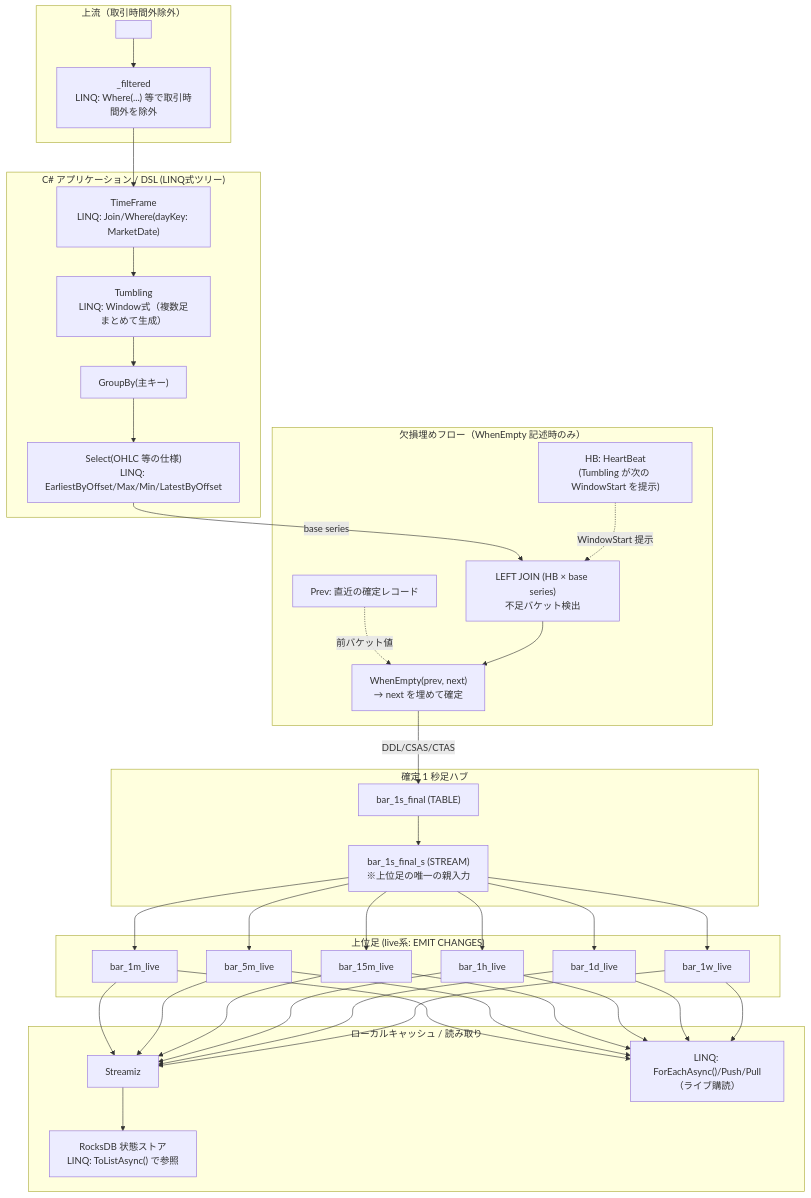
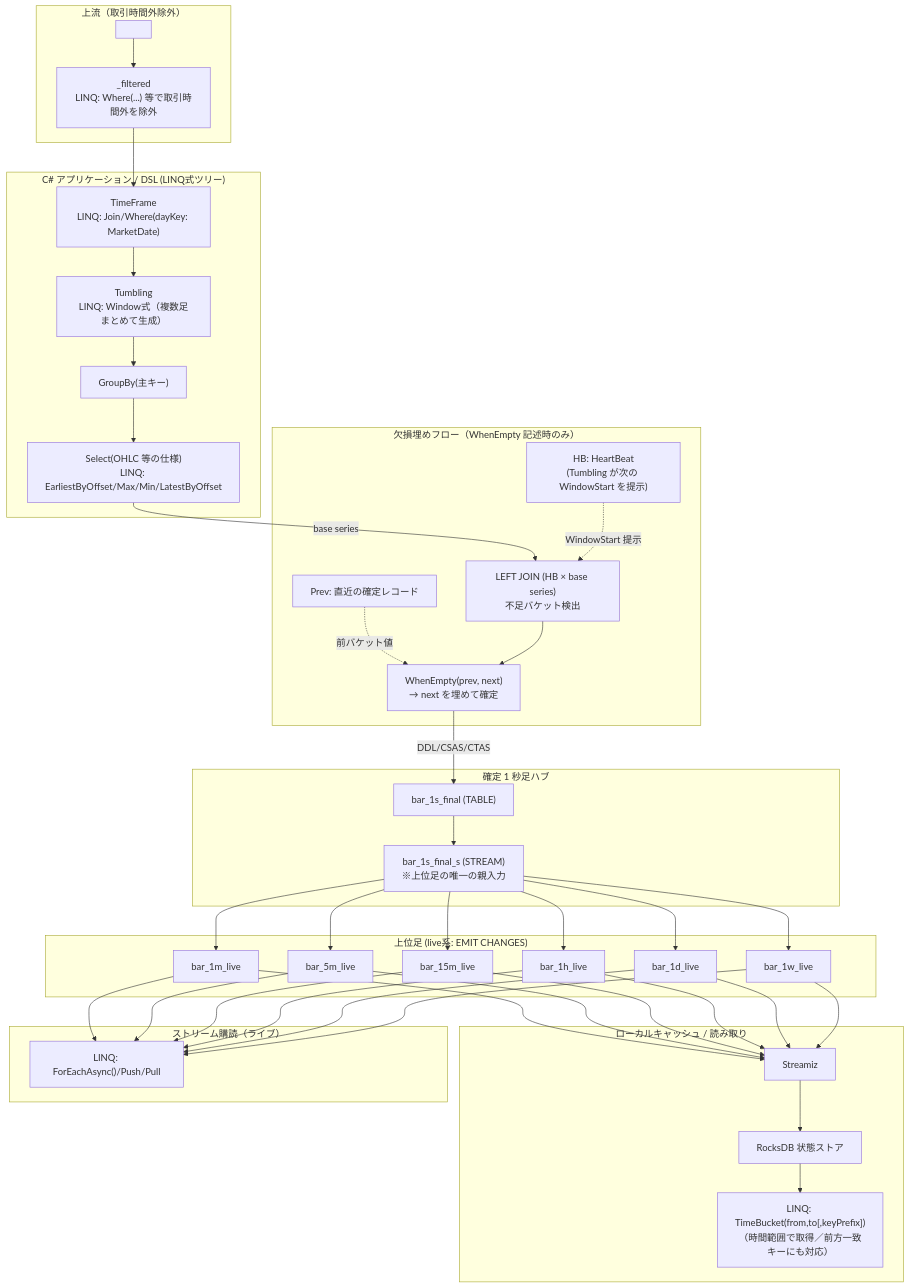
The diagram in docs/chart.md (sage-mt07/rc02), drawn with Mermaid before and after one commit. The commit also changed other lines of this file and 1 other file, not shown here.

Commit message:
mermaid update

````diff
--- a/docs/chart.md
+++ b/docs/chart.md
@@ -41,14 +43,14 @@
 ``` mermaid
 
 flowchart TB
-  %% 上流
+  %% ============ 上流 ============
   subgraph Upstream["上流（取引時間外除外）"]
     raw["<raw>"]
     filtered["<raw>_filtered\nLINQ: Where(...) 等で取引時間外を除外"]
     raw --> filtered
   end
 
-  %% DSL
+  %% ============ DSL ============
   subgraph DSL["C# アプリケーション / DSL (LINQ式ツリー)"]
     TF["TimeFrame<MarketSchedule>\nLINQ: Join/Where(dayKey: MarketDate)"]
     Tumble["Tumbling\nLINQ: Window式（複数足まとめて生成）"]
@@ -57,7 +59,7 @@
   end
   filtered --> TF --> Tumble --> GroupBy --> Select
 
-  %% WhenEmpty（HB/Prev合流）
+  %% ============ WhenEmpty（HB/Prev合流） ============
   subgraph Fill["欠損埋めフロー（WhenEmpty 記述時のみ）"]
     HB["HB: HeartBeat\n(Tumbling が次の WindowStart を提示)"]
     Prev["Prev: 直近の確定レコード"]
@@ -69,7 +71,7 @@
   Prev -.->|前バケット値| Apply
   Join --> Apply
 
-  %% 1s_final ハブ
+  %% ============ 1s_final ハブ ============
   subgraph Hub["確定 1 秒足ハブ"]
     final1s["bar_1s_final (TABLE)"]
     final1s_s["bar_1s_final_s (STREAM)\n※上位足の唯一の親入力"]
@@ -77,7 +79,7 @@
   end
   Apply -->|DDL/CSAS/CTAS| final1s
 
-  %% 上位足（flat派生）
+  %% ============ 上位足（flat派生） ============
   subgraph Live["上位足 (live系: EMIT CHANGES)"]
     m1["bar_1m_live"]
     m5["bar_5m_live"]
@@ -93,19 +95,27 @@
   final1s_s --> d1
   final1s_s --> w1
 
-  %% ローカルキャッシュと読み取り
+  %% ============ ローカルキャッシュ / 読み取り ============
   subgraph Cache["ローカルキャッシュ / 読み取り"]
     streamiz["Streamiz"]
-    rocks["RocksDB 状態ストア\nLINQ: ToListAsync() で参照"]
-    pushpull["LINQ: ForEachAsync()/Push/Pull\n（ライブ購読）"]
-    streamiz --> rocks
+    rocks["RocksDB 状態ストア"]
+    timebucket["LINQ: TimeBucket(from,to[,keyPrefix])\n（時間範囲で取得／前方一致キーにも対応）"]
+    streamiz --> rocks --> timebucket
   end
+
+  %% 並行するストリーム購読
+  subgraph StreamRead["ストリーム購読（ライブ）"]
+    pushpull["LINQ: ForEachAsync()/Push/Pull"]
+  end
+
+  %% live 出力→利用面へ
   m1 --> streamiz
   m5 --> streamiz
   m15 --> streamiz
   h1 --> streamiz
   d1 --> streamiz
   w1 --> streamiz
+
   m1 --> pushpull
   m5 --> pushpull
   m15 --> pushpull
@@ -113,6 +123,13 @@
   d1 --> pushpull
   w1 --> pushpull
 
+  %% ============ スタイル定義 ============
+  %% 色：緑=入力, 紫=DSL/変換, 青=DB/ストリーム, オレンジ=出力, 黄=WhenEmpty補助
+  classDef in fill:#e9f7ef,stroke:#27ae60,color:#145a32;
+  classDef dsl fill:#efe9fb,stroke:#8e44ad,color:#4a235a;
+  classDef gen fill:#efe9fb,stroke:#8e44ad,color:#4a235a;
+  classDef db fill:#eaf2fb,stroke:#2980b9,color
+
 
 
 ``` 
````
